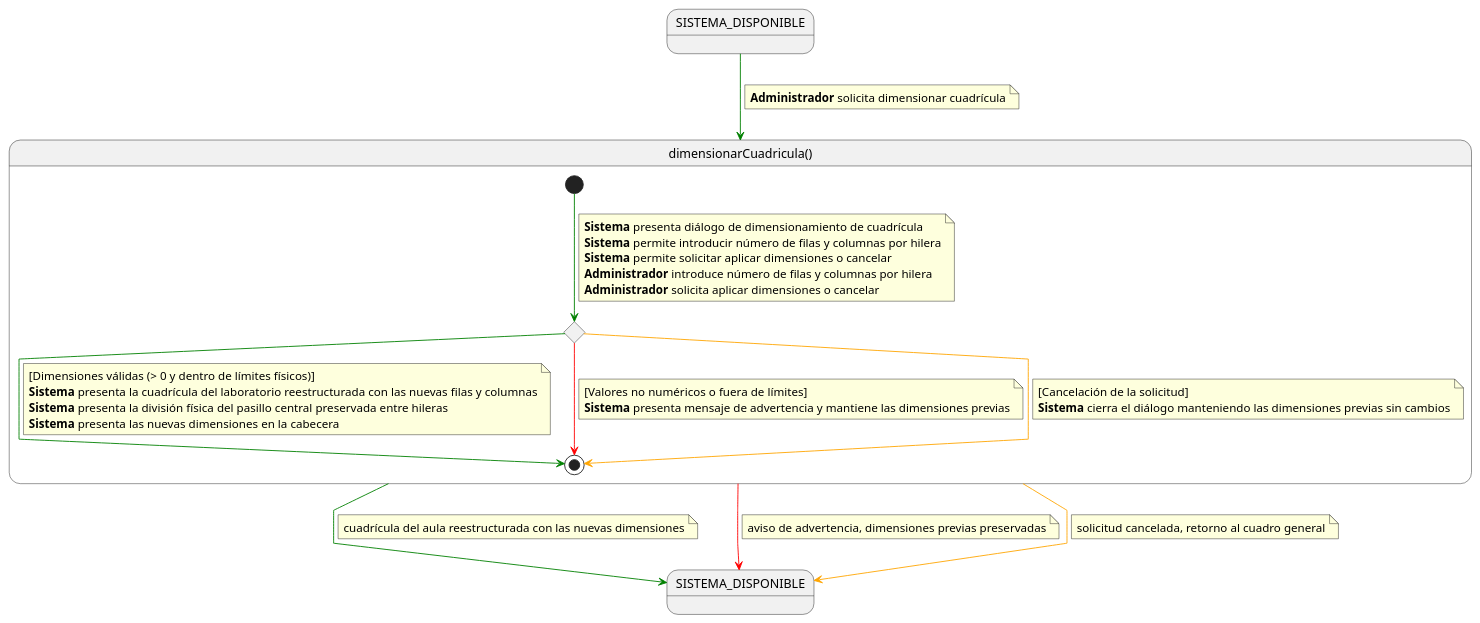
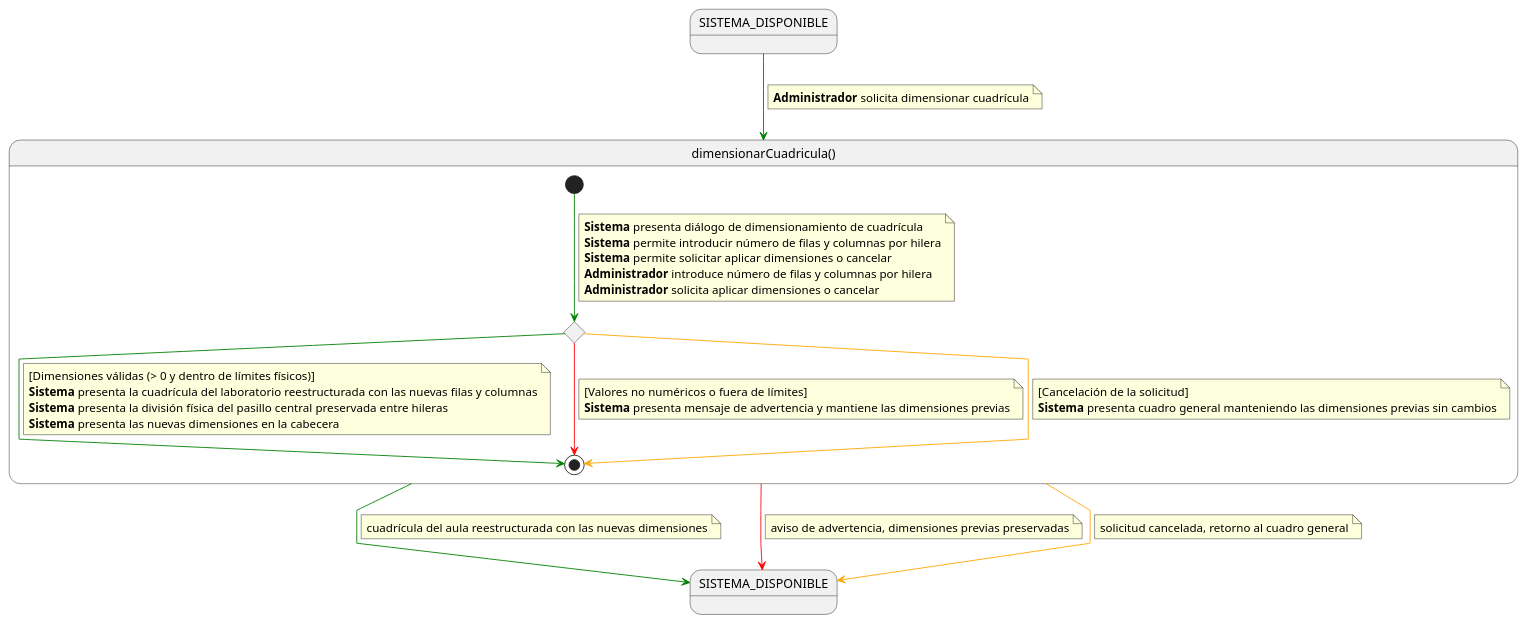
The diagram in RUP/01-requisitos/01-detalle-casos-uso/dimensionarCuadricula/especificacion.puml (Carlos-Lima2510/mesh-panel), drawn with PlantUML before and after one commit. The commit also changed 2 other files, not shown here.

Commit message:
Fix links in documentation and update state diagram for dimensionarCuadricula use case
- Updated link to ADR-002 in README.md to correct relative path.
- Modified note in state diagram to reflect accurate system behavior during cancellation.
- Adjusted dimensions in the SVG representation of the state diagram for better clarity.

```diff
--- a/RUP/01-requisitos/01-detalle-casos-uso/dimensionarCuadricula/especificacion.puml
+++ b/RUP/01-requisitos/01-detalle-casos-uso/dimensionarCuadricula/especificacion.puml
@@ -1,62 +1,62 @@
 @startuml especificacion
 
 skinparam linetype polyline
 
 state SISTEMA_DISPONIBLE
 state SISTEMA_DISPONIBLE_SALIDA as "SISTEMA_DISPONIBLE"
 
 SISTEMA_DISPONIBLE -[#green]-> dimensionarCuadricula
 note on link
 <b>Administrador</b> solicita dimensionar cuadrícula
 end note
 
 state dimensionarCuadricula as "dimensionarCuadricula()" {
 
     state c <<choice>>
 
     [*] -[#green]-> c
     note on link
     <b>Sistema</b> presenta diálogo de dimensionamiento de cuadrícula
     <b>Sistema</b> permite introducir número de filas y columnas por hilera
     <b>Sistema</b> permite solicitar aplicar dimensiones o cancelar
     <b>Administrador</b> introduce número de filas y columnas por hilera
     <b>Administrador</b> solicita aplicar dimensiones o cancelar
     end note
 
     c -[#green]-> [*]
     note on link
     [Dimensiones válidas (> 0 y dentro de límites físicos)]
     <b>Sistema</b> presenta la cuadrícula del laboratorio reestructurada con las nuevas filas y columnas
     <b>Sistema</b> presenta la división física del pasillo central preservada entre hileras
     <b>Sistema</b> presenta las nuevas dimensiones en la cabecera
     end note
 
     c -[#red]-> [*]
     note on link
     [Valores no numéricos o fuera de límites]
     <b>Sistema</b> presenta mensaje de advertencia y mantiene las dimensiones previas
     end note
 
     c -[#orange]-> [*]
     note on link
     [Cancelación de la solicitud]
-    <b>Sistema</b> cierra el diálogo manteniendo las dimensiones previas sin cambios
+    <b>Sistema</b> presenta cuadro general manteniendo las dimensiones previas sin cambios
     end note
 }
 
 dimensionarCuadricula -[#green]-> SISTEMA_DISPONIBLE_SALIDA
 note on link
 cuadrícula del aula reestructurada con las nuevas dimensiones
 end note
 
 dimensionarCuadricula -[#red]-> SISTEMA_DISPONIBLE_SALIDA
 note on link
 aviso de advertencia, dimensiones previas preservadas
 end note
 
 dimensionarCuadricula -[#orange]-> SISTEMA_DISPONIBLE_SALIDA
 note on link
 solicitud cancelada, retorno al cuadro general
 end note
 
 @enduml
```
